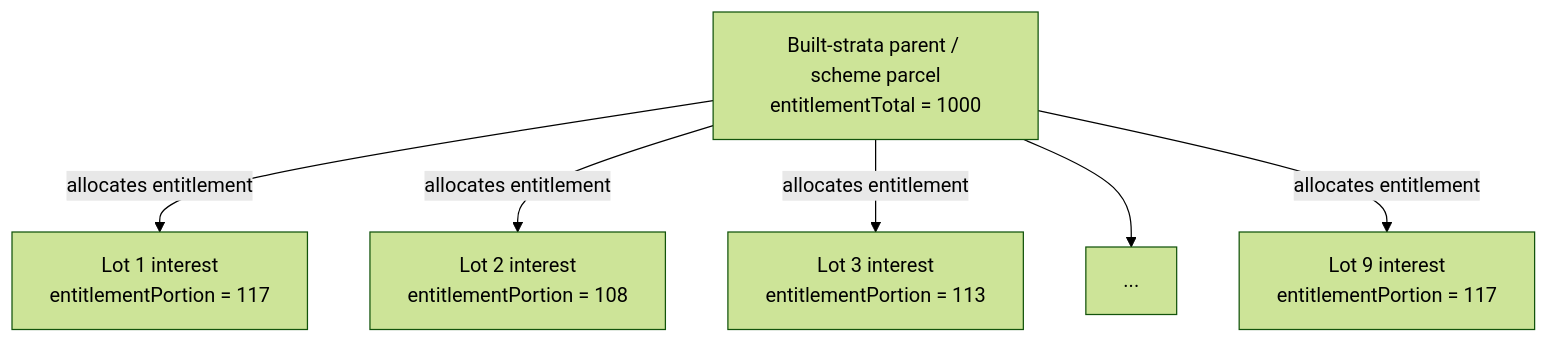
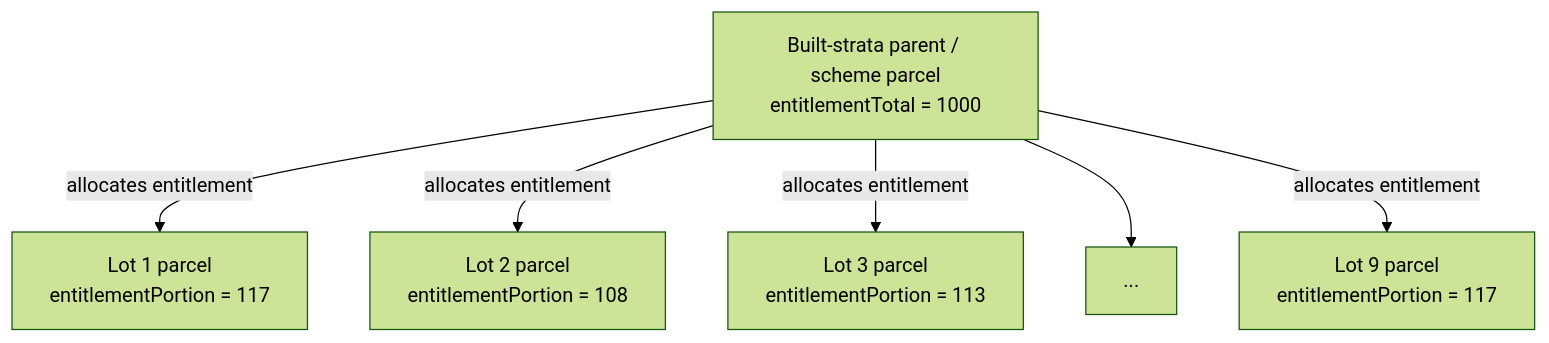
Before and after one commit to surroundaustralia/3d-csdm-profile-wa: the third of 5 diagrams in proposals/development/built-strata/built-strata-parcel-specification.md, drawn with Mermaid (forest theme). The commit also changed other lines of this file and 26 other files, not shown here.

````diff
--- a/proposals/development/built-strata/built-strata-parcel-specification.md
+++ b/proposals/development/built-strata/built-strata-parcel-specification.md
@@ -237,16 +241,16 @@
 ```mermaid
 flowchart TB
     scheme["Built-strata parent / scheme parcel<br/>entitlementTotal = 1000"]
 
-    lot1["Lot 1 interest<br/>entitlementPortion = 117"]
-    lot2["Lot 2 interest<br/>entitlementPortion = 108"]
-    lot3["Lot 3 interest<br/>entitlementPortion = 113"]
+    lot1["Lot 1 parcel<br/>entitlementPortion = 117"]
+    lot2["Lot 2 parcel<br/>entitlementPortion = 108"]
+    lot3["Lot 3 parcel<br/>entitlementPortion = 113"]
     more["..."]
-    lot9["Lot 9 interest<br/>entitlementPortion = 117"]
+    lot9["Lot 9 parcel<br/>entitlementPortion = 117"]
 
     scheme -->|"allocates entitlement"| lot1
     scheme -->|"allocates entitlement"| lot2
     scheme -->|"allocates entitlement"| lot3
     scheme --> more
     scheme -->|"allocates entitlement"| lot9
 ```
````
